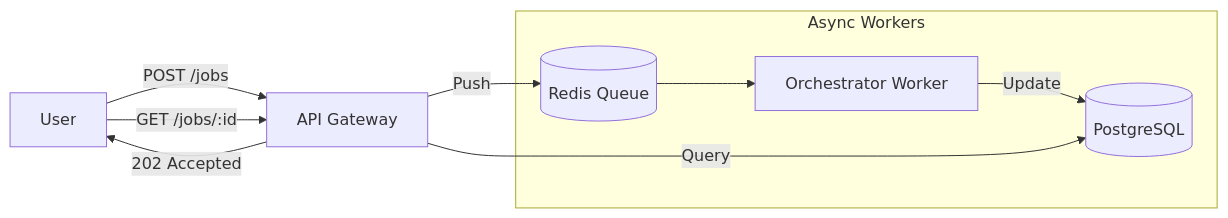
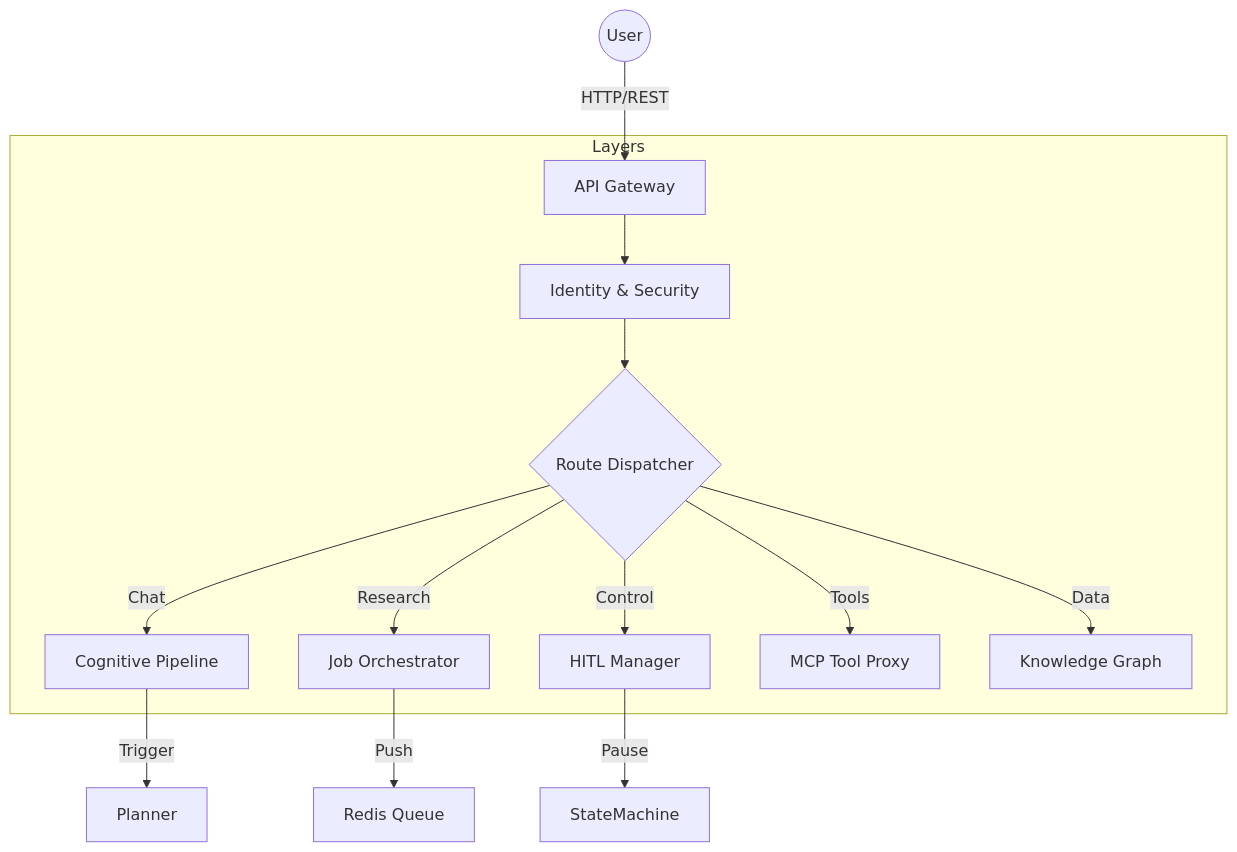
One commit to azzindani/Kea changed the diagram in services/api_gateway/README.md. Above: the diagram before and after it, drawn with Mermaid. The commit also changed other lines of this file and 4 other files, not shown here.

Commit message:
docs: Add initial README documentation for the orchestrator, RAG service, API gateway, shared libraries, and MCP servers.

````diff
--- a/services/api_gateway/README.md
+++ b/services/api_gateway/README.md
@@ -9,14 +16,19 @@
 ```mermaid
-graph LR
-    User -->|POST /jobs| Gateway["API Gateway"]
-    Gateway -->|Push| Redis[("Redis Queue")]
-    Gateway --"202 Accepted"--> User
+graph TD
+    User((User)) -->|HTTP/REST| Gateway[API Gateway]
     
-    subgraph Async Workers
-        Redis --> Worker["Orchestrator Worker"]
-        Worker -->|Update| DB[("PostgreSQL")]
+    subgraph Layers
+        Gateway --> Auth[Identity & Security]
+        Auth --> Router{Route Dispatcher}
+        
+        Router -->|Chat| Conversations[Cognitive Pipeline]
+        Router -->|Research| Jobs[Job Orchestrator]
+        Router -->|Control| Interventions[HITL Manager]
+        Router -->|Tools| MCP[MCP Tool Proxy]
+        Router -->|Data| Graph[Knowledge Graph]
     end
     
-    User -->|GET /jobs/:id| Gateway
-    Gateway -->|Query| DB
+    Conversations -->|Trigger| Planner
+    Jobs -->|Push| Redis[Redis Queue]
+    Interventions -->|Pause| StateMachine
 ```
````
